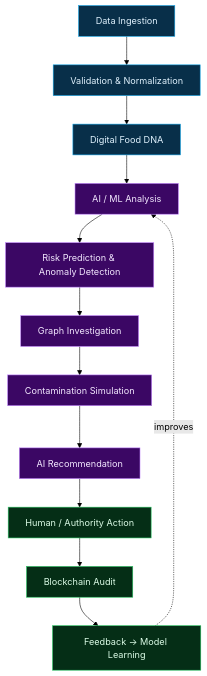
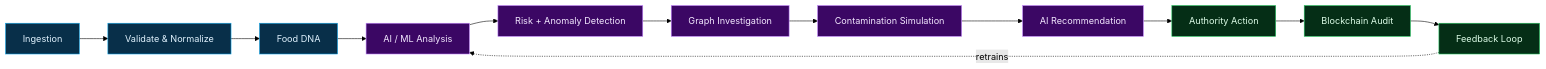
One commit to codeejb/Foodguard changed the fourth of 14 diagrams in README.md. Above: the diagram before and after it, drawn with Mermaid (forest theme). The commit also changed other lines of this file, not shown here.

````diff
--- a/README.md
+++ b/README.md
@@ -79,14 +132,14 @@
 ```mermaid
-flowchart TD
-    A[Data Ingestion] --> B[Validation & Normalization] --> C[Digital Food DNA] --> D[AI / ML Analysis]
-    D --> E[Risk Prediction & Anomaly Detection] --> F[Graph Investigation] --> G[Contamination Simulation]
-    G --> H[AI Recommendation] --> I[Human / Authority Action] --> J[Blockchain Audit] --> K[Feedback → Model Learning]
-    K -.improves.-> D
+flowchart LR
+    A[Ingestion] --> B[Validate & Normalize] --> C[Food DNA] --> D[AI / ML Analysis]
+    D --> E[Risk + Anomaly Detection] --> F[Graph Investigation] --> G[Contamination Simulation]
+    G --> H[AI Recommendation] --> I[Authority Action] --> J[Blockchain Audit] --> K[Feedback Loop]
+    K -.retrains.-> D
 
     classDef ingest fill:#082f49,stroke:#0ea5e9,color:#e0f2fe
     classDef ai fill:#3b0764,stroke:#c084fc,color:#f3e8ff
     classDef action fill:#052e16,stroke:#22c55e,color:#dcfce7
     class A,B,C ingest
     class D,E,F,G,H ai
     class I,J,K action
 ```
````
